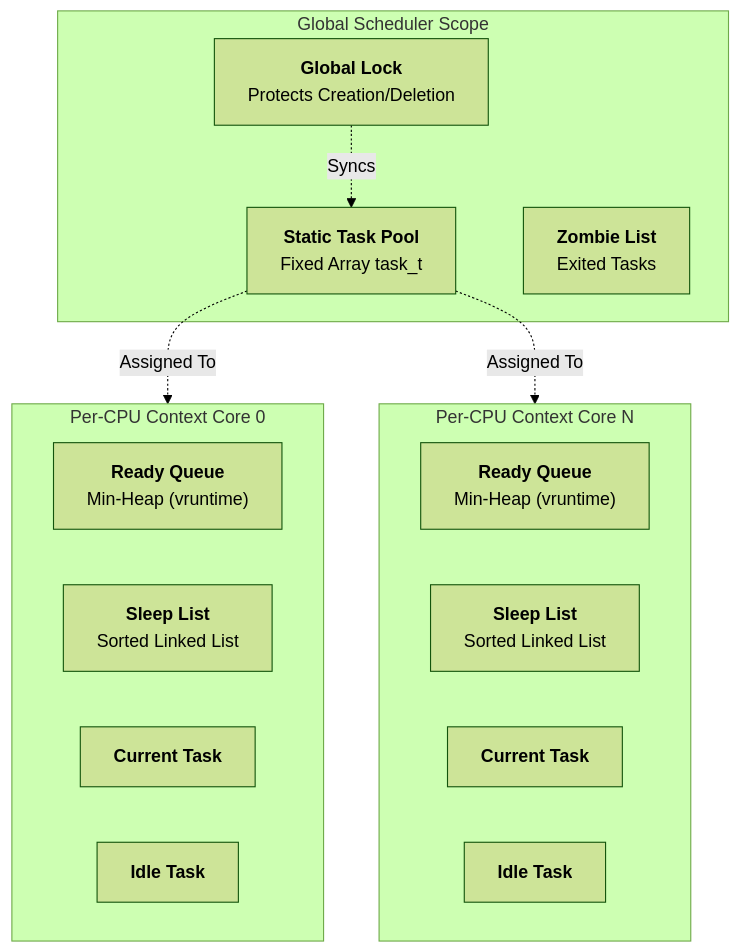
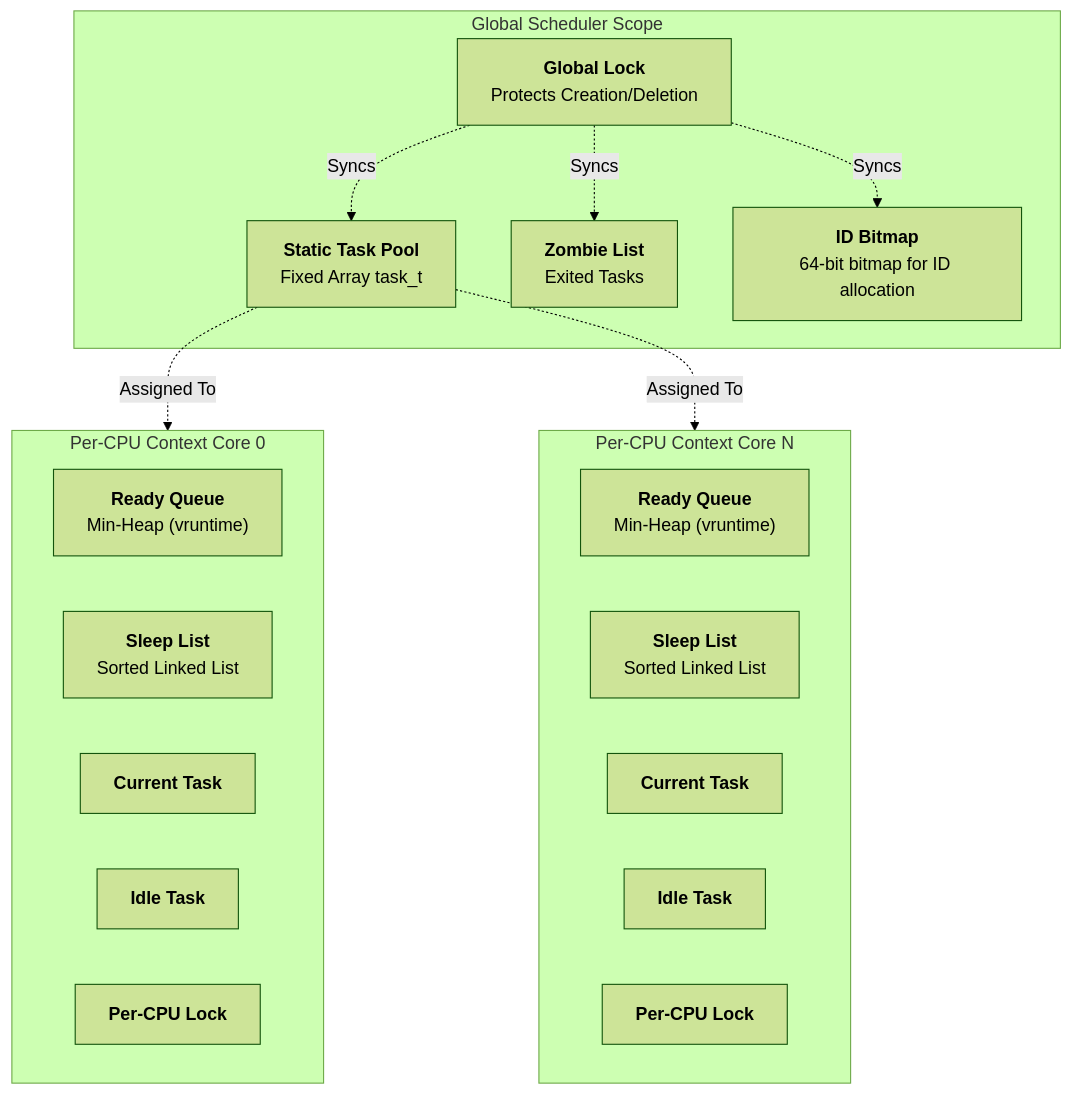
Before and after one commit to sabarioded/soRTOS: the first of 14 diagrams in docs/scheduler.md, drawn with Mermaid (forest theme). The commit also changed other lines of this file, not shown here.

````diff
--- a/docs/scheduler.md
+++ b/docs/scheduler.md
@@ -13,27 +16,32 @@
 ```mermaid
 graph TD
     subgraph Global_Context [Global Scheduler Scope]
         TaskPool["<b>Static Task Pool</b><br/>Fixed Array task_t"]
         GlobalLock["<b>Global Lock</b><br/>Protects Creation/Deletion"]
         ZombieList["<b>Zombie List</b><br/>Exited Tasks"]
+        IDbitmap["<b>ID Bitmap</b><br/>64-bit bitmap for ID allocation"]
     end
 
     subgraph CPU_0 [Per-CPU Context Core 0]
         Heap0["<b>Ready Queue</b><br/>Min-Heap (vruntime)"]
         Sleep0["<b>Sleep List</b><br/>Sorted Linked List"]
         Curr0["<b>Current Task</b>"]
         Idle0["<b>Idle Task</b>"]
+        CPULock0["<b>Per-CPU Lock</b>"]
     end
 
     subgraph CPU_1 [Per-CPU Context Core N]
         Heap1["<b>Ready Queue</b><br/>Min-Heap (vruntime)"]
         Sleep1["<b>Sleep List</b><br/>Sorted Linked List"]
         Curr1["<b>Current Task</b>"]
         Idle1["<b>Idle Task</b>"]
+        CPULock1["<b>Per-CPU Lock</b>"]
     end
 
     %% Relationships
     TaskPool -.->|Assigned To| CPU_0
     TaskPool -.->|Assigned To| CPU_1
     GlobalLock -.->|Syncs| TaskPool
+    GlobalLock -.->|Syncs| ZombieList
+    GlobalLock -.->|Syncs| IDbitmap
 ```
````
